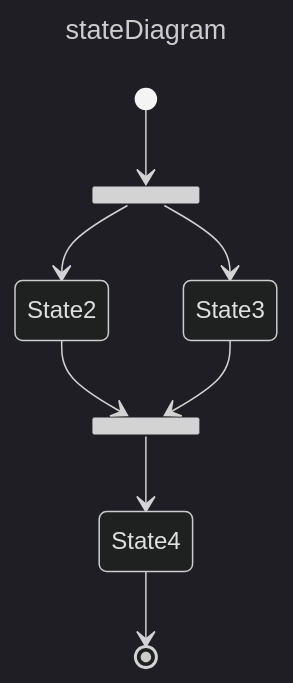
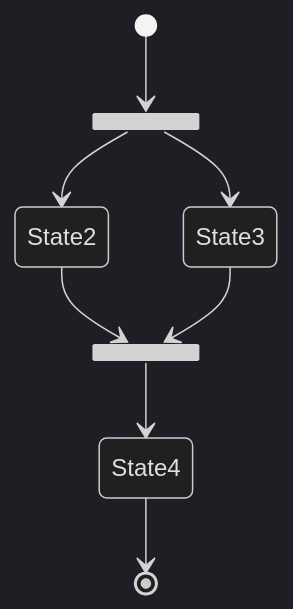
Before and after one commit to baaluidnrey/template-sphinx: the first of 5 diagrams in documentation/content/fancy-diagrams.md, drawn with Mermaid (dark theme). The commit also changed other lines of this file, not shown here.

````diff
--- a/documentation/content/fancy-diagrams.md
+++ b/documentation/content/fancy-diagrams.md
@@ -9,19 +9,18 @@
 ```{mermaid}
 ---
-title: stateDiagram
 caption: Ceci est un example de diagramme
 alt: Ceci est un example de diagramme
 align: 'center'
 ---
 stateDiagram-v2
     state fork_state <<fork>>
         [*] --> fork_state
         fork_state --> State2
         fork_state --> State3
 
         state join_state <<join>>
         State2 --> join_state
         State3 --> join_state
         join_state --> State4
         State4 --> [*]
 ```
````
